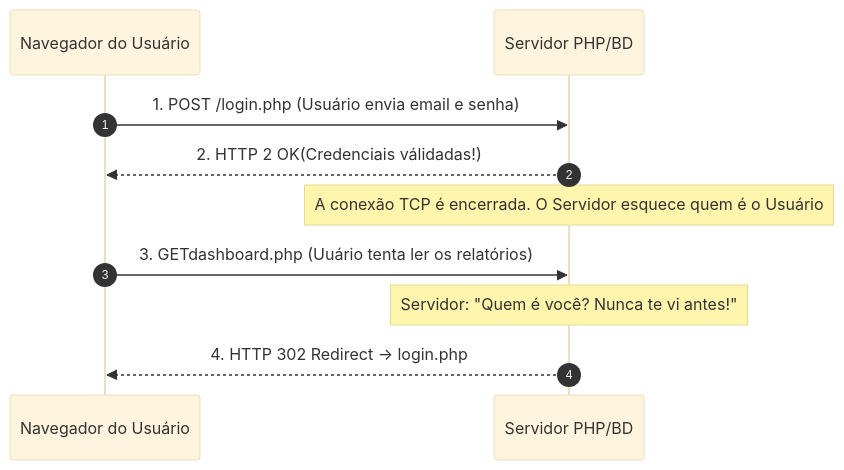
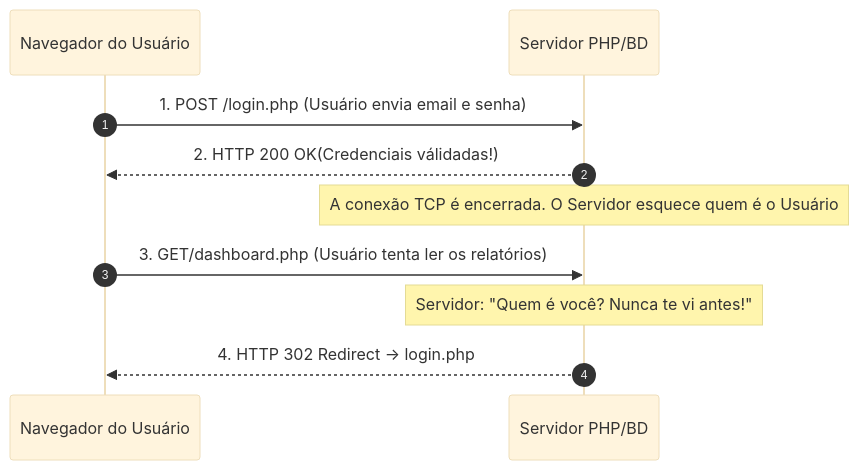
Diagram 15 of 28 in PHP/README.md (Llllggcctrc/nBackEnd), drawn with Mermaid (base theme) before and after one commit. The commit also changed other lines of this file and 1 other file, not shown here.

````diff
--- a/PHP/README.md
+++ b/PHP/README.md
@@ -1465,14 +1470,14 @@
 ```mermaid
 sequenceDiagram
     autonumber
     participant Cliente as Navegador do Usuário
     participant Servidor as Servidor PHP/BD
 
     Cliente ->> Servidor: 1. POST /login.php (Usuário envia email e senha)
-    Servidor-->> Cliente: 2. HTTP 2 OK(Credenciais válidadas!)
+    Servidor-->> Cliente: 2. HTTP 200 OK(Credenciais válidadas!)
     Note over Servidor: A conexão TCP é encerrada. O Servidor esquece quem é o Usuário
 
-    Cliente->>Servidor: 3. GETdashboard.php (Uuário tenta ler os relatórios)
+    Cliente->>Servidor: 3. GET/dashboard.php (Usuário tenta ler os relatórios)
     note over Servidor: Servidor: "Quem é você? Nunca te vi antes!"
     Servidor -->> Cliente: 4. HTTP 302 Redirect -> login.php
 ```
````
